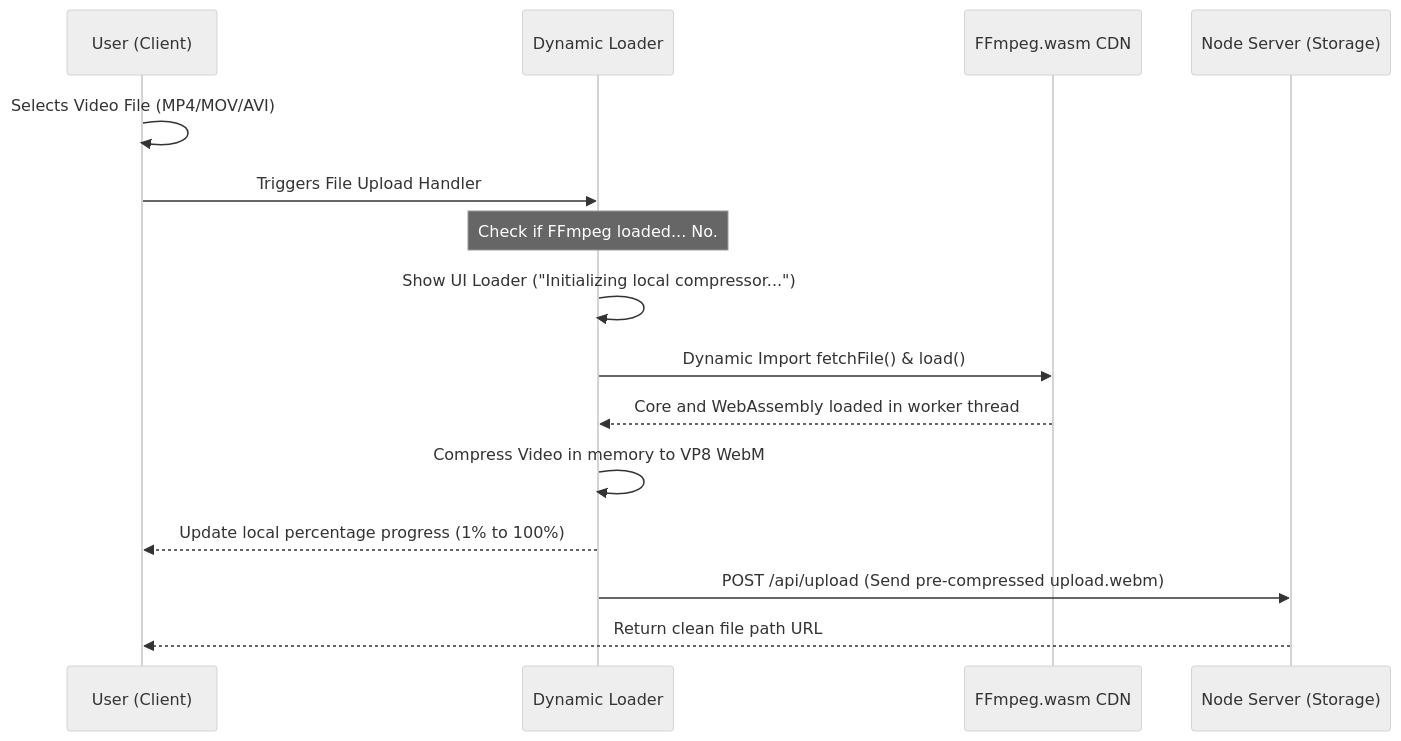
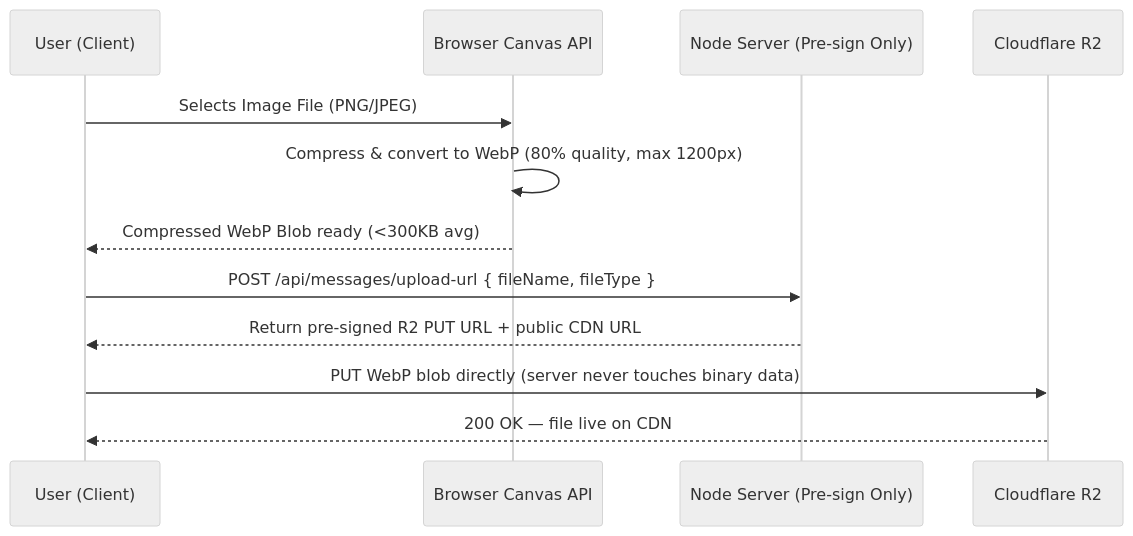
The first of 2 diagrams in client_media_engine.md (yahyazawadi/discord-backend), drawn with Mermaid (neutral theme) before and after one commit. The commit also changed other lines of this file and 9 other files, not shown here.

````diff
--- a/client_media_engine.md
+++ b/client_media_engine.md
@@ -22,18 +24,15 @@
 ```mermaid
 sequenceDiagram
     participant User as User (Client)
-    participant Loader as Dynamic Loader
-    participant FFmpeg as FFmpeg.wasm CDN
-    participant Server as Node Server (Storage)
+    participant Canvas as Browser Canvas API
+    participant Backend as Node Server (Pre-sign Only)
+    participant R2 as Cloudflare R2
 
-    User->>User: Selects Video File (MP4/MOV/AVI)
-    User->>Loader: Triggers File Upload Handler
-    Note over Loader: Check if FFmpeg loaded... No.
-    Loader->>Loader: Show UI Loader ("Initializing local compressor...")
-    Loader->>FFmpeg: Dynamic Import fetchFile() & load()
-    FFmpeg-->>Loader: Core and WebAssembly loaded in worker thread
-    Loader->>Loader: Compress Video in memory to VP8 WebM
-    Loader-->>User: Update local percentage progress (1% to 100%)
-    Loader->>Server: POST /api/upload (Send pre-compressed upload.webm)
-    Server-->>User: Return clean file path URL
+    User->>Canvas: Selects Image File (PNG/JPEG)
+    Canvas->>Canvas: Compress & convert to WebP (80% quality, max 1200px)
+    Canvas-->>User: Compressed WebP Blob ready (<300KB avg)
+    User->>Backend: POST /api/messages/upload-url { fileName, fileType }
+    Backend-->>User: Return pre-signed R2 PUT URL + public CDN URL
+    User->>R2: PUT WebP blob directly (server never touches binary data)
+    R2-->>User: 200 OK — file live on CDN
 ```
````
